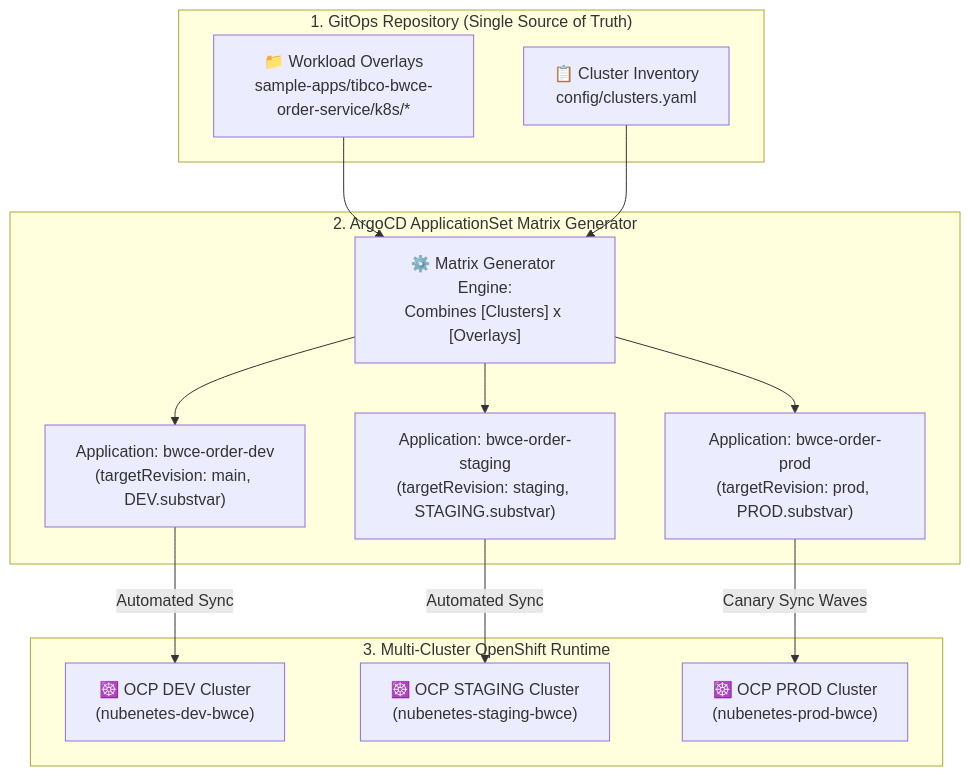
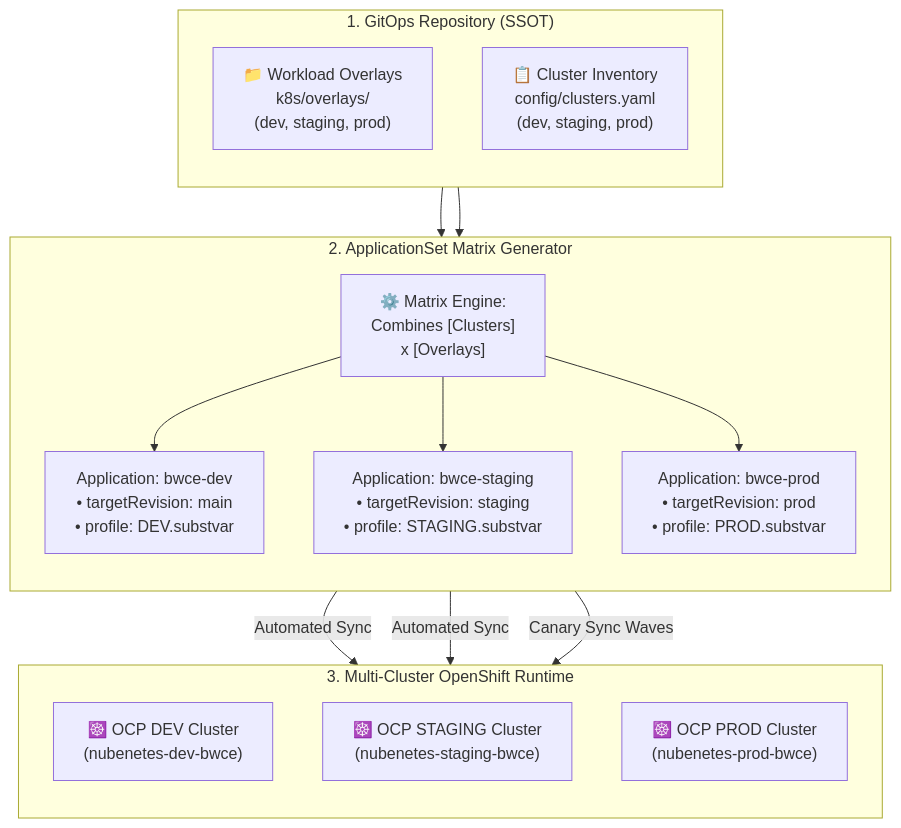
The eighth of 11 diagrams in README.md (nubenetes/jenkins-without-git-parameter-bwce), drawn with Mermaid before and after one commit.

Commit message:
fix(mermaid): wrap and balance text in ApplicationSet Matrix Reconciliation diagram

````diff
--- a/README.md
+++ b/README.md
@@ -565,26 +565,29 @@
 ```mermaid
 flowchart TB
-    subgraph GitOpsSource["1. GitOps Repository (Single Source of Truth)"]
-        Manifests["📁 Workload Overlays<br/>sample-apps/tibco-bwce-order-service/k8s/*"]
-        ClusterList["📋 Cluster Inventory<br/>config/clusters.yaml"]
+    subgraph GitOpsSource["1. GitOps Repository (SSOT)"]
+        direction TB
+        Manifests["📁 Workload Overlays<br/>k8s/overlays/<br/>(dev, staging, prod)"]
+        ClusterList["📋 Cluster Inventory<br/>config/clusters.yaml<br/>(dev, staging, prod)"]
     end
 
-    subgraph AppSetEngine["2. ArgoCD ApplicationSet Matrix Generator"]
-        Matrix["⚙️ Matrix Generator Engine:<br/>Combines [Clusters] x [Overlays]"]
-        AppDev["Application: bwce-order-dev<br/>(targetRevision: main, DEV.substvar)"]
-        AppStg["Application: bwce-order-staging<br/>(targetRevision: staging, STAGING.substvar)"]
-        AppPrd["Application: bwce-order-prod<br/>(targetRevision: prod, PROD.substvar)"]
+    subgraph AppSetEngine["2. ApplicationSet Matrix Generator"]
+        direction TB
+        Matrix["⚙️ Matrix Engine:<br/>Combines [Clusters]<br/>x [Overlays]"]
+        AppDev["Application: bwce-dev<br/>• targetRevision: main<br/>• profile: DEV.substvar"]
+        AppStg["Application: bwce-staging<br/>• targetRevision: staging<br/>• profile: STAGING.substvar"]
+        AppPrd["Application: bwce-prod<br/>• targetRevision: prod<br/>• profile: PROD.substvar"]
     end
 
     subgraph TargetClusters["3. Multi-Cluster OpenShift Runtime"]
+        direction TB
         OCPDev["☸️ OCP DEV Cluster<br/>(nubenetes-dev-bwce)"]
         OCPStg["☸️ OCP STAGING Cluster<br/>(nubenetes-staging-bwce)"]
         OCPPrd["☸️ OCP PROD Cluster<br/>(nubenetes-prod-bwce)"]
     end
 
     Manifests --> Matrix
     ClusterList --> Matrix
     Matrix --> AppDev -->|"Automated Sync"| OCPDev
     Matrix --> AppStg -->|"Automated Sync"| OCPStg
     Matrix --> AppPrd -->|"Canary Sync Waves"| OCPPrd
 ```
````
